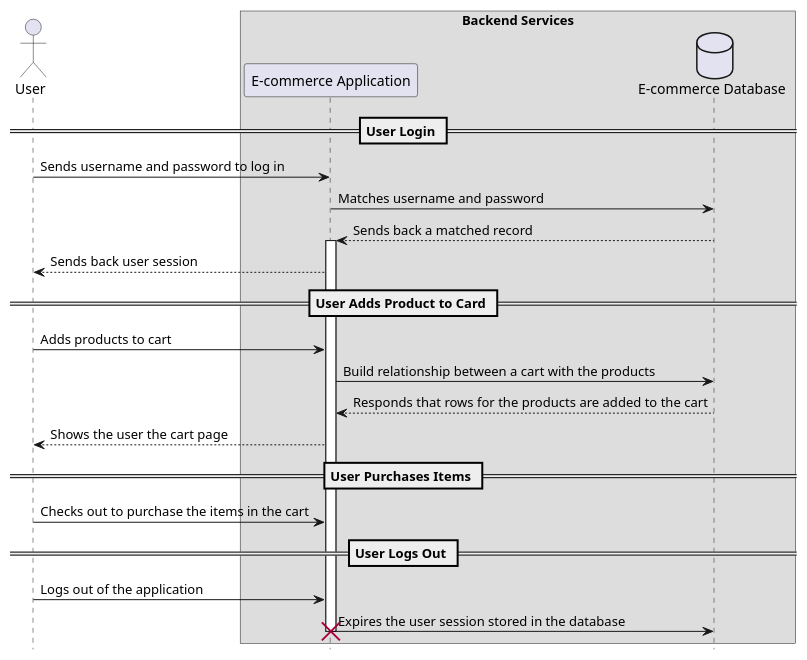
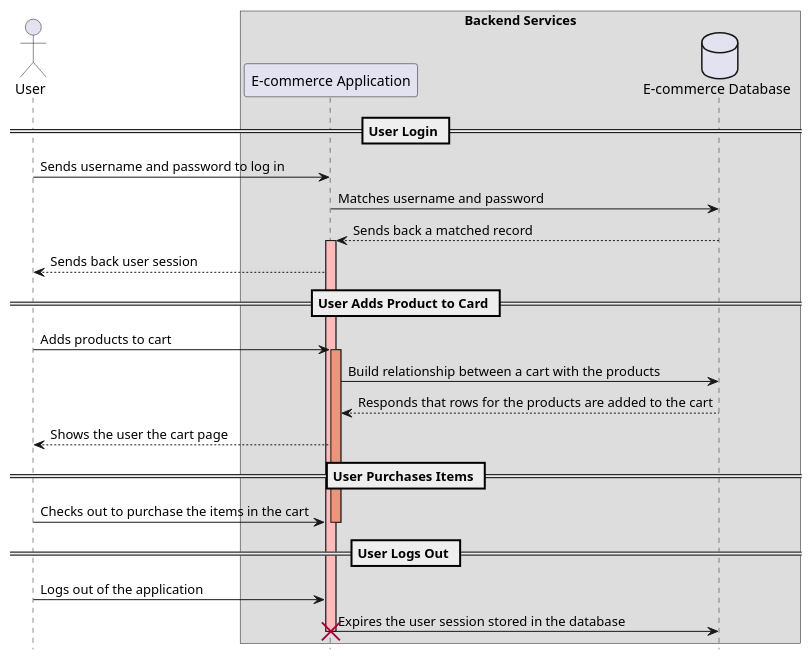
Before and after one commit to wchan2/presentations: the diagram in courses/ccny_csc322_fall_2018/slides/code/uml_sequence_code_example.wsd, drawn with PlantUML. The commit also changed 5 other files, not shown here.

```diff
--- a/courses/ccny_csc322_fall_2018/slides/code/uml_sequence_code_example.wsd
+++ b/courses/ccny_csc322_fall_2018/slides/code/uml_sequence_code_example.wsd
@@ -1,32 +1,33 @@
 @startuml
 hide footbox
 
 actor User
 box "Backend Services"
     participant "E-commerce Application"
     database "E-commerce Database"
 
 == User Login ==
 User -> "E-commerce Application" : Sends username and password to log in
 "E-commerce Application" -> "E-commerce Database" : Matches username and password
 "E-commerce Database" --> "E-commerce Application" : Sends back a matched record
 
-activate "E-commerce Application"
+activate "E-commerce Application" #FFBBBB
 "E-commerce Application" --> User : Sends back user session
 
 == User Adds Product to Card ==
 User -> "E-commerce Application" : Adds products to cart
+activate "E-commerce Application" #DarkSalmon
 "E-commerce Application" -> "E-commerce Database" : Build relationship between a cart with the products
 "E-commerce Database" --> "E-commerce Application" : Responds that rows for the products are added to the cart
 "E-commerce Application" --> User : Shows the user the cart page
 
 == User Purchases Items ==
 User -> "E-commerce Application" : Checks out to purchase the items in the cart
+deactivate "E-commerce Application"
 
 == User Logs Out ==
 User -> "E-commerce Application" : Logs out of the application
 "E-commerce Application" -> "E-commerce Database" : Expires the user session stored in the database
 destroy "E-commerce Application"
 
-
 @enduml
```
